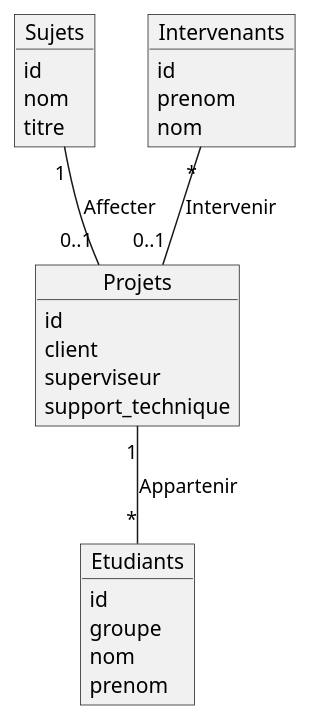
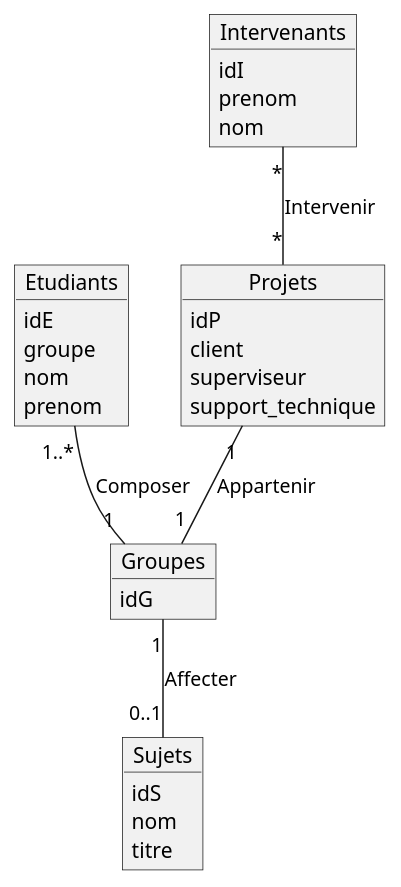
The diagram in sprint_2/srcdoc/diagrammeC.puml (IUT-Blagnac/MPA2015G3B2), drawn with PlantUML before and after one commit. The commit also changed 5 other files, not shown here.

```diff
--- a/sprint_2/srcdoc/diagrammeC.puml
+++ b/sprint_2/srcdoc/diagrammeC.puml
@@ -1,33 +1,39 @@
 @startuml
 
 object Etudiants {
-  id
+  idE
   groupe
   nom
   prenom
 }
 
 object Sujets{
-	id
+	idS
 	nom
 	titre
 }
 
 object Intervenants{
-	id
+	idI
 	prenom
 	nom
 }
 
 object Projets{
-	id
+	idP
 	client
 	superviseur
 	support_technique
 }
-Projets "1"--"*" Etudiants : Appartenir
-Sujets "1"--"0..1" Projets : Affecter
-Intervenants "*"--"0..1" Projets : Intervenir
+
+object Groupes{
+	idG
+}
+
+Projets "1"--"1" Groupes : Appartenir
+Groupes "1"--"0..1" Sujets : Affecter
+Intervenants "*"--"*" Projets : Intervenir
+Etudiants "1..*"--"1" Groupes : Composer
 
 
 @enduml
```
